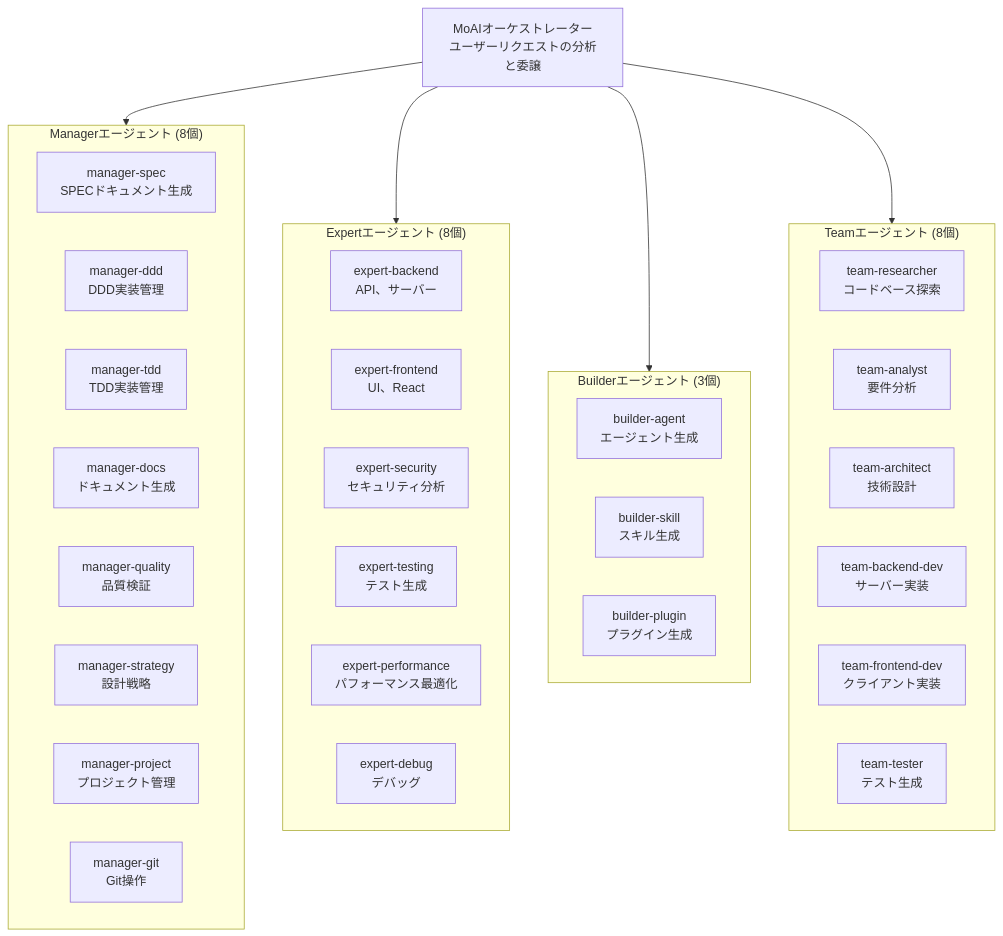
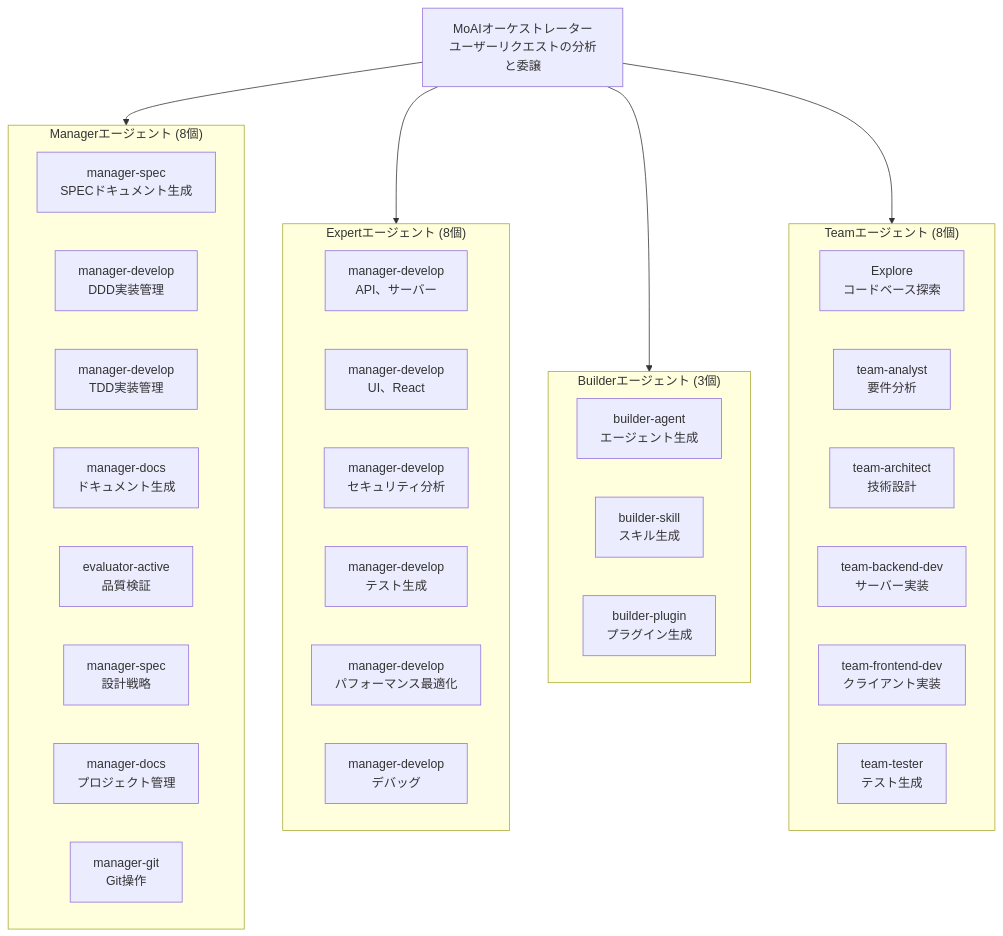
The third of 6 diagrams in docs-site/content/ja/core-concepts/what-is-moai-adk.md (modu-ai/moai-adk), drawn with Mermaid before and after one commit. The commit also changed other lines of this file and 153 other files, not shown here.

````diff
--- a/docs-site/content/ja/core-concepts/what-is-moai-adk.md
+++ b/docs-site/content/ja/core-concepts/what-is-moai-adk.md
@@ -237,44 +237,44 @@
 ```mermaid
 flowchart TD
     MoAI["MoAIオーケストレーター\nユーザーリクエストの分析と委譲"]
 
     subgraph Managers["Managerエージェント (8個)"]
         M1["manager-spec\nSPECドキュメント生成"]
-        M2["manager-ddd\nDDD実装管理"]
-        M3["manager-tdd\nTDD実装管理"]
+        M2["manager-develop\nDDD実装管理"]
+        M3["manager-develop\nTDD実装管理"]
         M4["manager-docs\nドキュメント生成"]
-        M5["manager-quality\n品質検証"]
-        M6["manager-strategy\n設計戦略"]
-        M7["manager-project\nプロジェクト管理"]
+        M5["evaluator-active\n品質検証"]
+        M6["manager-spec\n設計戦略"]
+        M7["manager-docs\nプロジェクト管理"]
         M8["manager-git\nGit操作"]
     end
 
     subgraph Experts["Expertエージェント (8個)"]
-        E1["expert-backend\nAPI、サーバー"]
-        E2["expert-frontend\nUI、React"]
-        E3["expert-security\nセキュリティ分析"]
-        E4["expert-testing\nテスト生成"]
-        E5["expert-performance\nパフォーマンス最適化"]
-        E6["expert-debug\nデバッグ"]
+        E1["manager-develop\nAPI、サーバー"]
+        E2["manager-develop\nUI、React"]
+        E3["manager-develop\nセキュリティ分析"]
+        E4["manager-develop\nテスト生成"]
+        E5["manager-develop\nパフォーマンス最適化"]
+        E6["manager-develop\nデバッグ"]
     end
 
     subgraph Builders["Builderエージェント (3個)"]
         B1["builder-agent\nエージェント生成"]
         B2["builder-skill\nスキル生成"]
         B3["builder-plugin\nプラグイン生成"]
     end
 
     subgraph Teams["Teamエージェント (8個)"]
-        T1["team-researcher\nコードベース探索"]
+        T1["Explore\nコードベース探索"]
         T2["team-analyst\n要件分析"]
         T3["team-architect\n技術設計"]
         T4["team-backend-dev\nサーバー実装"]
         T5["team-frontend-dev\nクライアント実装"]
         T6["team-tester\nテスト生成"]
     end
 
     MoAI --> Managers
     MoAI --> Experts
     MoAI --> Builders
     MoAI --> Teams
 ```
````
